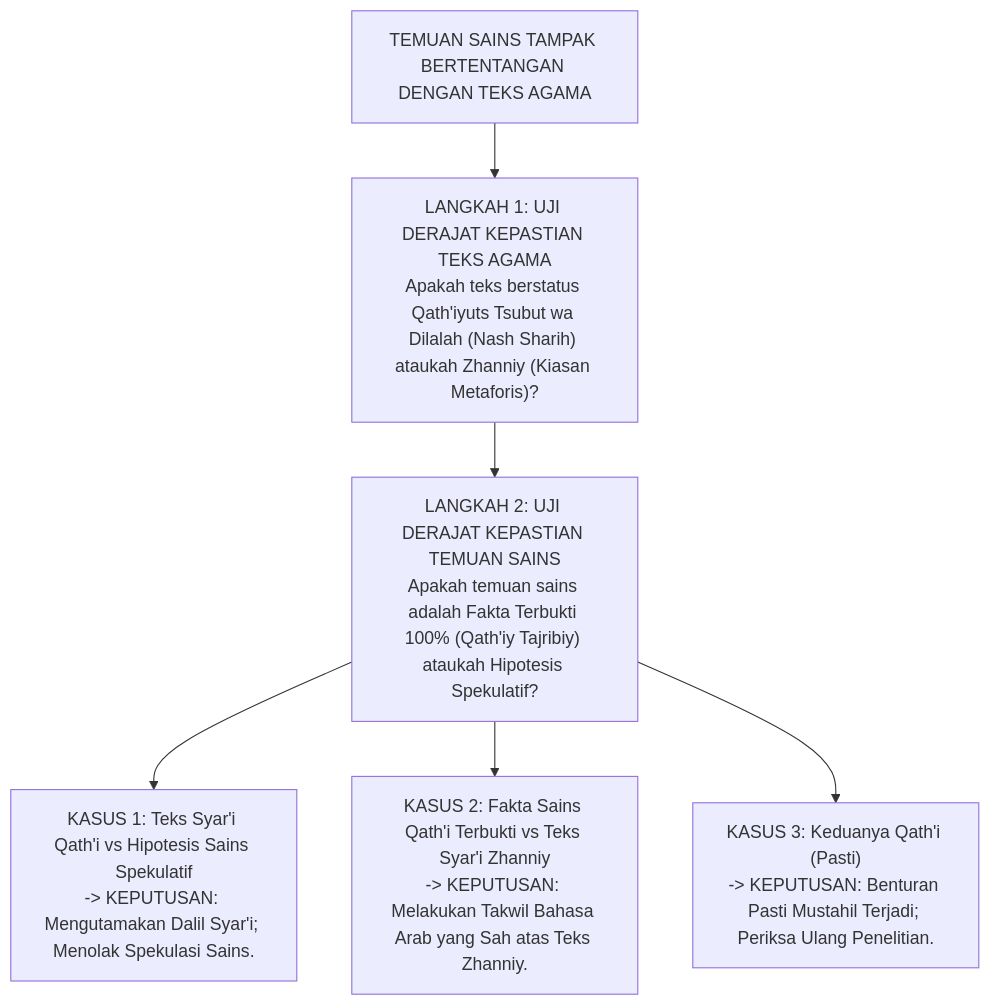
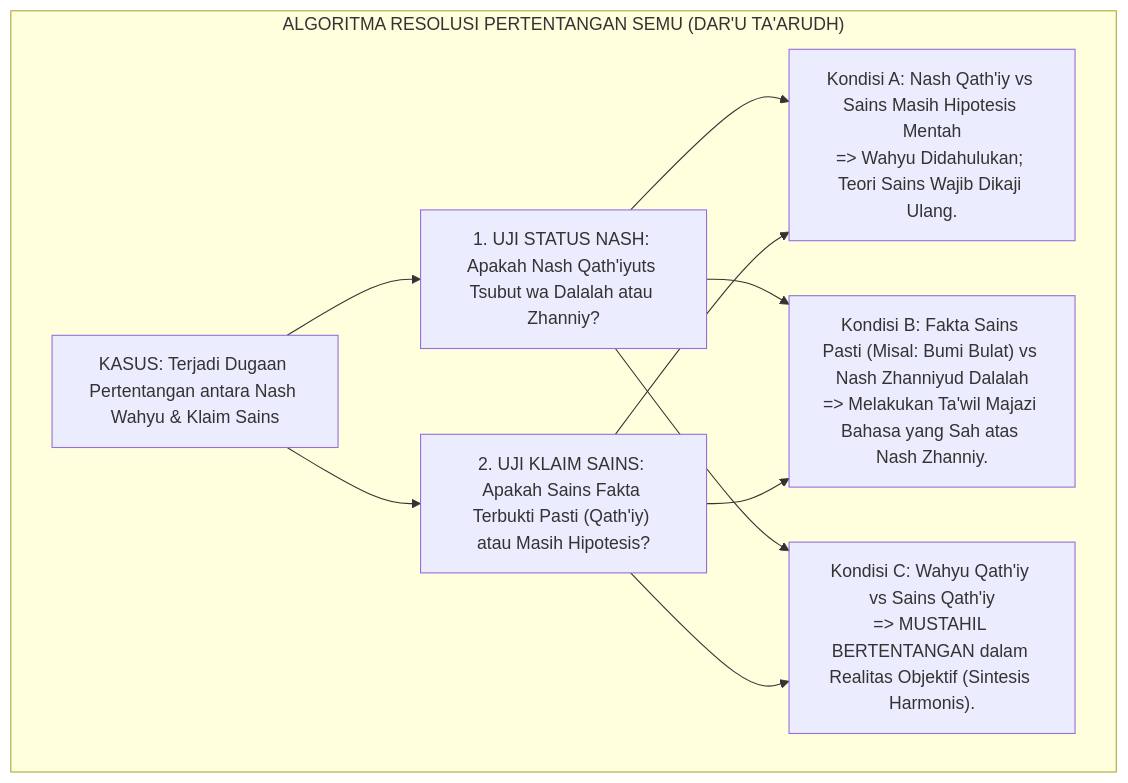
One commit to wandiapriliyandi/tumbuh changed the fourth of 5 diagrams in 01 Philosophy/01 Worldview/02 Epistemologi TUMBUH/P1-01-02-03-Validasi-Pengetahuan.md. Above: the diagram before and after it, drawn with Mermaid. The commit also changed other lines of this file and 9 other files, not shown here.

````diff
--- a/01 Philosophy/01 Worldview/02 Epistemologi TUMBUH/P1-01-02-03-Validasi-Pengetahuan.md
+++ b/01 Philosophy/01 Worldview/02 Epistemologi TUMBUH/P1-01-02-03-Validasi-Pengetahuan.md
@@ -395,10 +176,14 @@
 ```mermaid
 flowchart TD
-    Start["TEMUAN SAINS TAMPAK BERTENTANGAN DENGAN TEKS AGAMA"] --> Step1["LANGKAH 1: UJI DERAJAT KEPASTIAN TEKS AGAMA<br/>Apakah teks berstatus Qath'iyuts Tsubut wa Dilalah (Nash Sharih) ataukah Zhanniy (Kiasan Metaforis)?"]
-    
-    Step1 --> Step2["LANGKAH 2: UJI DERAJAT KEPASTIAN TEMUAN SAINS<br/>Apakah temuan sains adalah Fakta Terbukti 100% (Qath'iy Tajribiy) ataukah Hipotesis Spekulatif?"]
-    
-    Step2 --> Kasus1["KASUS 1: Teks Syar'i Qath'i vs Hipotesis Sains Spekulatif<br/>-> KEPUTUSAN: Mengutamakan Dalil Syar'i; Menolak Spekulasi Sains."]
-    Step2 --> Kasus2["KASUS 2: Fakta Sains Qath'i Terbukti vs Teks Syar'i Zhanniy<br/>-> KEPUTUSAN: Melakukan Takwil Bahasa Arab yang Sah atas Teks Zhanniy."]
-    Step2 --> Kasus3["KASUS 3: Keduanya Qath'i (Pasti)<br/>-> KEPUTUSAN: Benturan Pasti Mustahil Terjadi; Periksa Ulang Penelitian."]
+    subgraph ProtokolDaruTaarudh["ALGORITMA RESOLUSI PERTENTANGAN SEMU (DAR'U TA'ARUDH)"]
+        Dilema["KASUS: Terjadi Dugaan Pertentangan antara Nash Wahyu & Klaim Sains"]
+        Uji1["1. UJI STATUS NASH: Apakah Nash Qath'iyuts Tsubut wa Dalalah atau Zhanniy?"]
+        Uji2["2. UJI KLAIM SAINS: Apakah Sains Fakta Terbukti Pasti (Qath'iy) atau Masih Hipotesis?"]
+        
+        Dilema --> Uji1 & Uji2
+        
+        Uji1 & Uji2 --> Kondisi1["Kondisi A: Nash Qath'iy vs Sains Masih Hipotesis Mentah<br/>=> Wahyu Didahulukan; Teori Sains Wajib Dikaji Ulang."]
+        Uji1 & Uji2 --> Kondisi2["Kondisi B: Fakta Sains Pasti (Misal: Bumi Bulat) vs Nash Zhanniyud Dalalah<br/>=> Melakukan Ta'wil Majazi Bahasa yang Sah atas Nash Zhanniy."]
+        Uji1 & Uji2 --> Kondisi3["Kondisi C: Wahyu Qath'iy vs Sains Qath'iy<br/>=> MUSTAHIL BERTENTANGAN dalam Realitas Objektif (Sintesis Harmonis)."]
+    end
 ```
````
